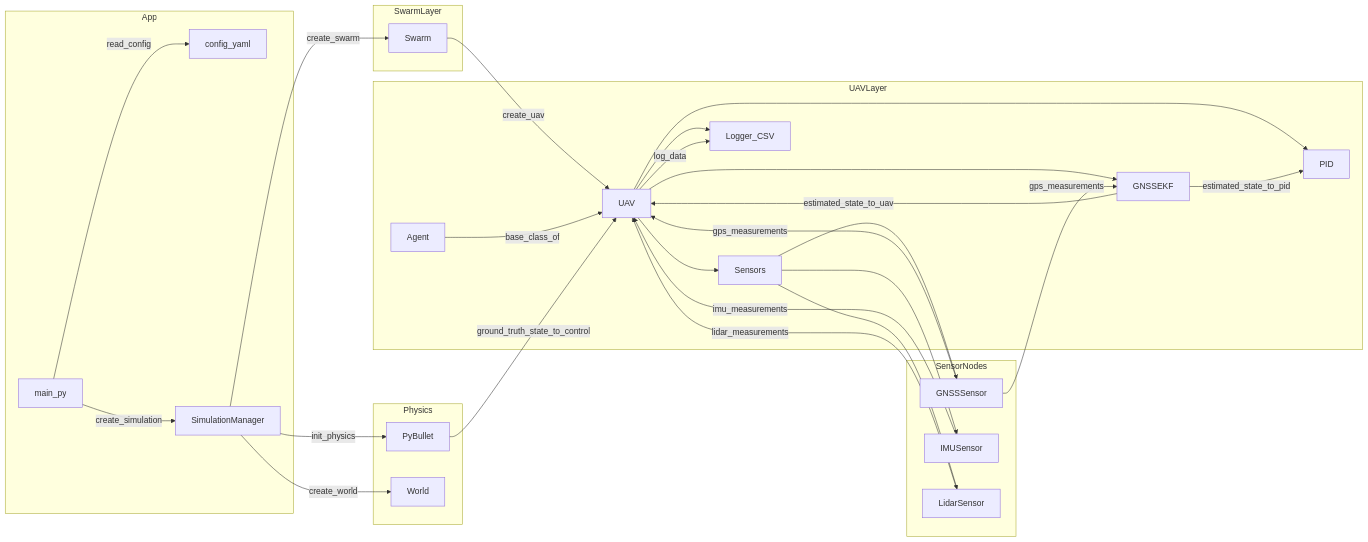
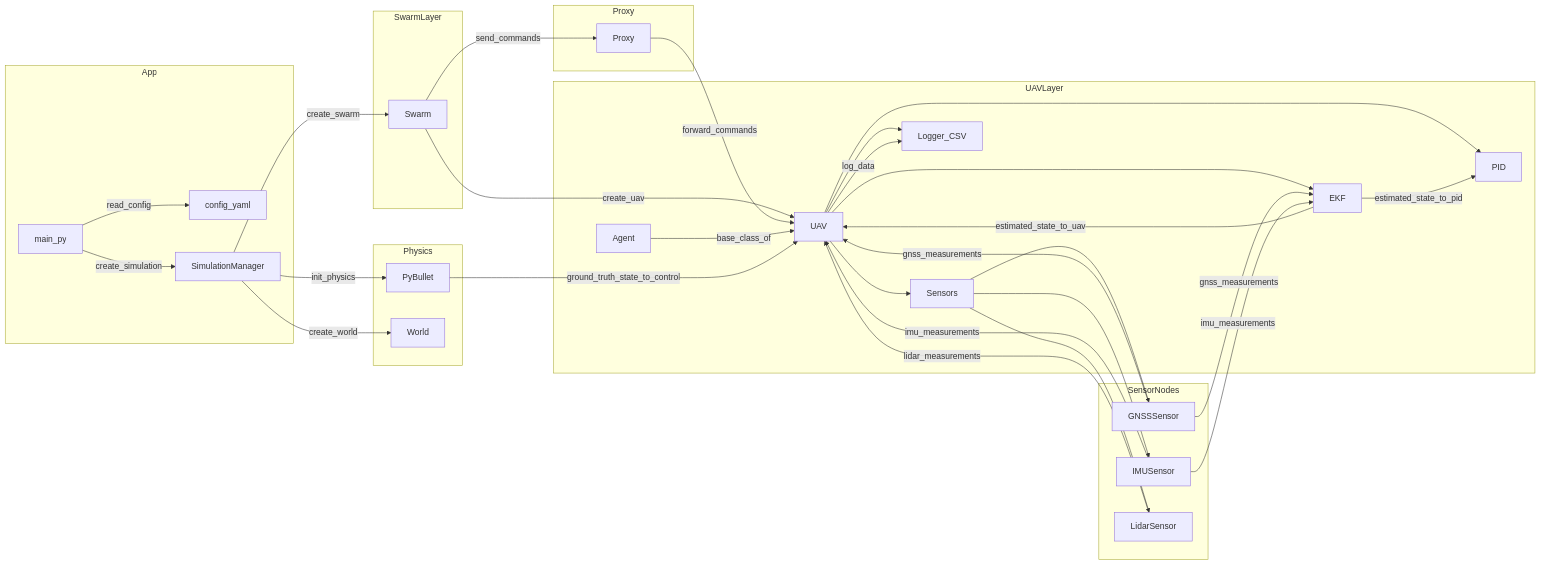
Before and after one commit to adrian-ujkaj/causal_inference_sim1: the diagram in schema_loop.mmd, drawn with Mermaid. The commit also changed 19 other files, not shown here.

Commit message:
Rework EKF with IMU propagation and first causal analysis

```diff
--- a/schema_loop.mmd
+++ b/schema_loop.mmd
@@ -1,69 +1,79 @@
 flowchart LR
   subgraph App
     main["main_py"]
     config["config_yaml"]
     sim["SimulationManager"]
   end
 
   subgraph Physics
     pyb["PyBullet"]
     world["World"]
   end
 
   subgraph SwarmLayer
     swarm["Swarm"]
   end
 
+  subgraph Proxy
+    proxy["Proxy"]
+  end
+
   subgraph UAVLayer
     agent["Agent"]
     uav["UAV"]
     pid["PID"]
     sensors["Sensors"]
-    ekf["GNSSEKF"]
+    ekf["EKF"]
     logger["Logger_CSV"]
   end
 
   subgraph SensorNodes
     gnss["GNSSSensor"]
     imu["IMUSensor"]
     lidar["LidarSensor"]
   end
 
   %% Application flow
   main -->|read_config| config
   main -->|create_simulation| sim
 
   %% Simulation and physics
   sim -->|init_physics| pyb
   sim -->|create_world| world
   sim -->|create_swarm| swarm
 
   %% Swarm creates UAVs
   swarm -->|create_uav| uav
 
+  %% Message passing via Proxy
+  swarm -->|send_commands| proxy
+  proxy -->|forward_commands| uav
+
+
   %% Inheritance
   agent -->|base_class_of| uav
 
   %% UAV internal components
   uav --> pid
   uav --> sensors
   uav --> ekf
   uav --> logger
 
   %% Sensors inside UAV
   sensors --> gnss
   sensors --> imu
   sensors --> lidar
 
   %% Data flow
   pyb -->|ground_truth_state_to_control| uav
 
-  gnss -->|gps_measurements| uav
-  gnss -->|gps_measurements| ekf
+  gnss -->|gnss_measurements| uav
+  gnss -->|gnss_measurements| ekf
   imu -->|imu_measurements| uav
+  imu -->|imu_measurements| ekf
   lidar -->|lidar_measurements| uav
 
   ekf -->|estimated_state_to_uav| uav
   ekf -->|estimated_state_to_pid| pid
 
   uav -->|log_data| logger
```
